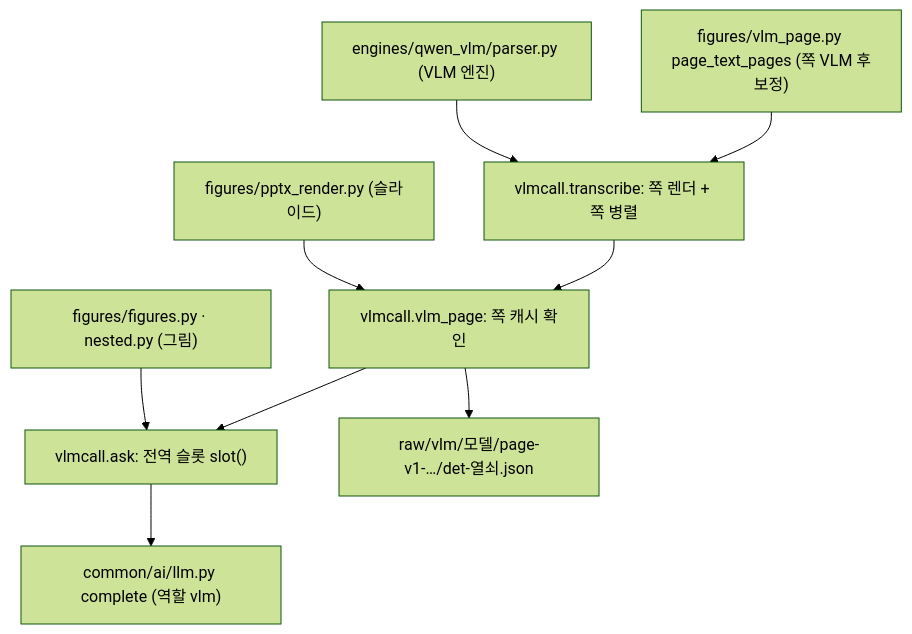
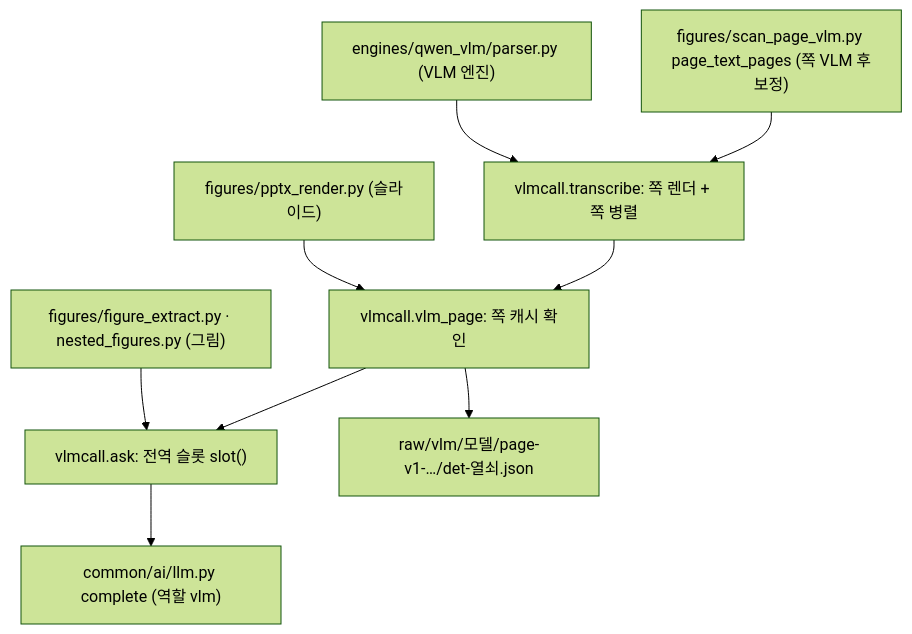
One commit to gigasamba/sbl_data_parsing changed the sixth of 11 diagrams in docs/architecture/parse_flow.md. Above: the diagram before and after it, drawn with Mermaid (forest theme). The commit also changed other lines of this file and 114 other files, not shown here.

````diff
--- a/docs/architecture/parse_flow.md
+++ b/docs/architecture/parse_flow.md
@@ -197,20 +197,20 @@
 ```mermaid
 flowchart TD
     EN["engines/qwen_vlm/parser.py (VLM 엔진)"]
-    VP["figures/vlm_page.py page_text_pages (쪽 VLM 후보정)"]
+    VP["figures/scan_page_vlm.py page_text_pages (쪽 VLM 후보정)"]
     PR["figures/pptx_render.py (슬라이드)"]
-    FG["figures/figures.py · nested.py (그림)"]
+    FG["figures/figure_extract.py · nested_figures.py (그림)"]
     TR["vlmcall.transcribe: 쪽 렌더 + 쪽 병렬"]
     PG["vlmcall.vlm_page: 쪽 캐시 확인"]
     ASK["vlmcall.ask: 전역 슬롯 slot()"]
     LLM["common/ai/llm.py complete (역할 vlm)"]
     C1["raw/vlm/모델/page-v1-…/det-열쇠.json"]
     EN --> TR
     VP --> TR
     TR --> PG
     PR --> PG
     PG --> ASK
     FG --> ASK
     ASK --> LLM
     PG --> C1
 ```
````
